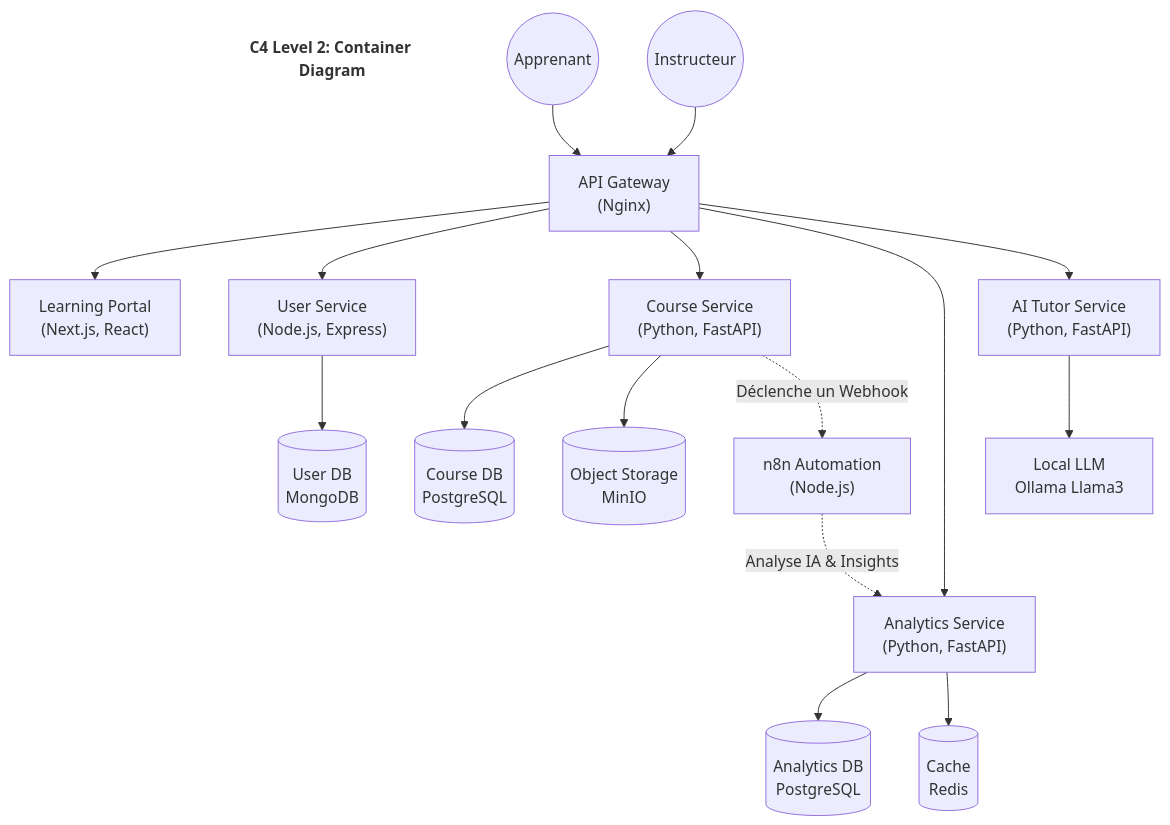
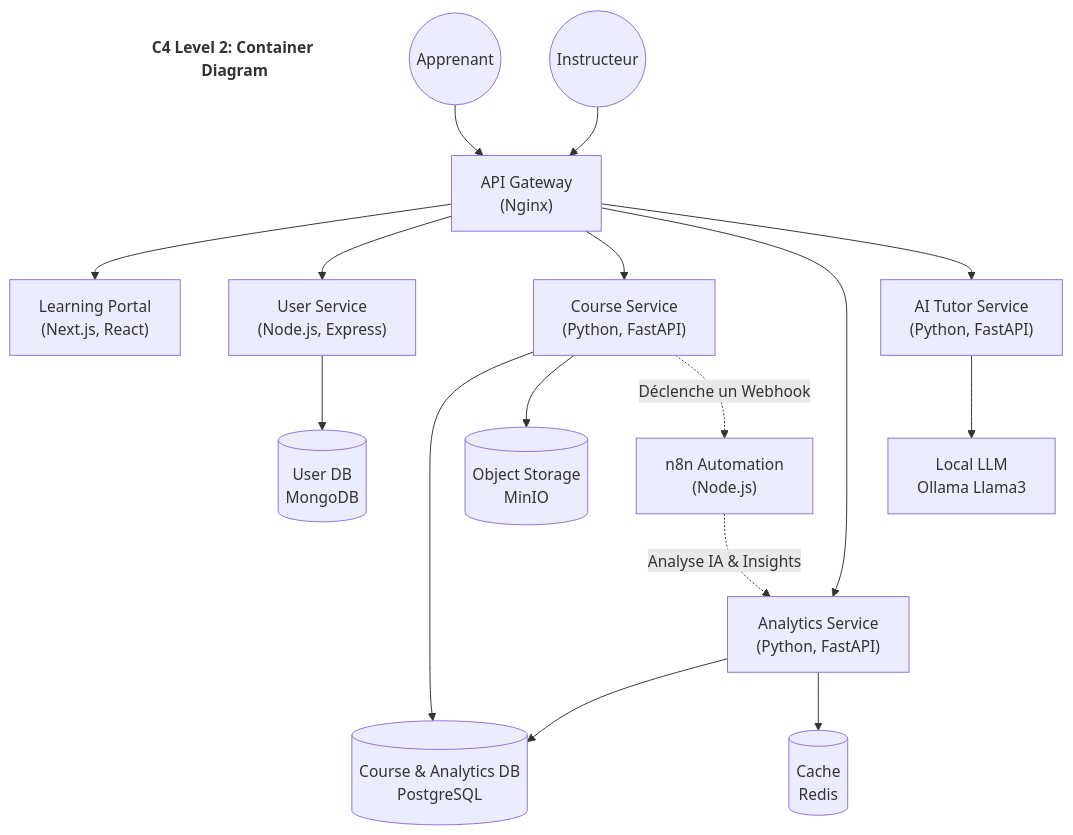
Before and after one commit to Sen-Se1/elearning-microservice-platform: the second of 7 diagrams in architecture.md, drawn with Mermaid.

Commit message:
docs: add C4 and UML architecture documentation for the microservice platform

````diff
--- a/architecture.md
+++ b/architecture.md
@@ -29,43 +29,42 @@
 ```mermaid
 flowchart TD
     title[C4 Level 2: Container Diagram]
     style title fill:none,stroke:none,font-weight:bold,font-size:16px
 
     Student((Apprenant))
     Instructor((Instructeur))
 
     Gateway["API Gateway<br/>(Nginx)"]
     Frontend["Learning Portal<br/>(Next.js, React)"]
     
     UserSvc["User Service<br/>(Node.js, Express)"]
     CourseSvc["Course Service<br/>(Python, FastAPI)"]
     AnalyticsSvc["Analytics Service<br/>(Python, FastAPI)"]
     AITutorSvc["AI Tutor Service<br/>(Python, FastAPI)"]
     n8n["n8n Automation<br/>(Node.js)"]
     
     DB_User[("User DB<br/>MongoDB")]
-    DB_Course[("Course DB<br/>PostgreSQL")]
-    DB_Analytics[("Analytics DB<br/>PostgreSQL")]
+    DB_Course[("Course & Analytics DB<br/>PostgreSQL")]
     Cache_Redis[("Cache<br/>Redis")]
     Storage[("Object Storage<br/>MinIO")]
     Ollama["Local LLM<br/>Ollama Llama3"]
 
     Student --> Gateway
     Instructor --> Gateway
     
     Gateway --> Frontend
     Gateway --> UserSvc
     Gateway --> CourseSvc
     Gateway --> AnalyticsSvc
     Gateway --> AITutorSvc
     
     UserSvc --> DB_User
     CourseSvc --> DB_Course
     CourseSvc --> Storage
-    AnalyticsSvc --> DB_Analytics
+    AnalyticsSvc --> DB_Course
     AnalyticsSvc --> Cache_Redis
     AITutorSvc --> Ollama
     
     CourseSvc -.->|Déclenche un Webhook| n8n
     n8n -.->|Analyse IA & Insights| AnalyticsSvc
 ```
````
